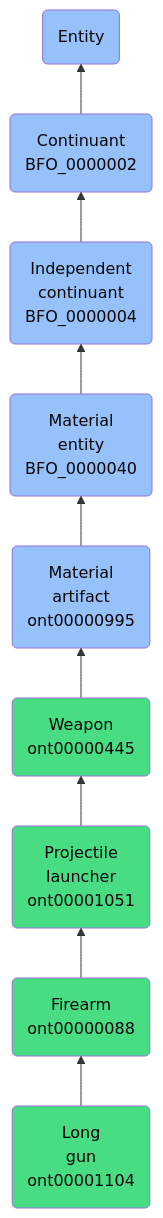
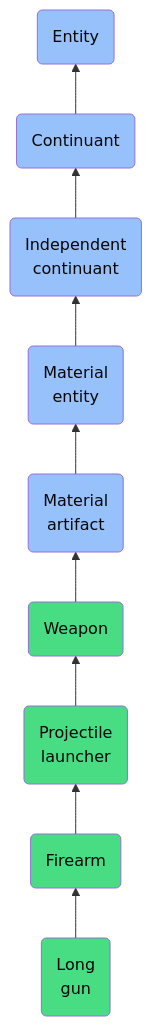
Before and after one commit to jupyter-naas/abi: the diagram in docs/ontology/reference/model/Entity/Continuant/Independent continuant/Material entity/Material artifact/Weapon/Projectile launcher/Firearm/Long gun/Long gun.md, drawn with Mermaid. The commit also changed other lines of this file and 1430 other files, not shown here.

````diff
--- a/docs/ontology/reference/model/Entity/Continuant/Independent continuant/Material entity/Material artifact/Weapon/Projectile launcher/Firearm/Long gun/Long gun.md
+++ b/docs/ontology/reference/model/Entity/Continuant/Independent continuant/Material entity/Material artifact/Weapon/Projectile launcher/Firearm/Long gun/Long gun.md
@@ -24,16 +24,16 @@
 ```mermaid
 graph BT
-    ont00001104(Long<br>gun<br>ont00001104):::ABI-->ont00000088
-    ont00000088(Firearm<br>ont00000088):::ABI-->ont00001051
-    ont00001051(Projectile<br>launcher<br>ont00001051):::ABI-->ont00000445
-    ont00000445(Weapon<br>ont00000445):::ABI-->ont00000995
-    ont00000995(Material<br>artifact<br>ont00000995):::BFO-->BFO_0000040
-    BFO_0000040(Material<br>entity<br>BFO_0000040):::BFO-->BFO_0000004
-    BFO_0000004(Independent<br>continuant<br>BFO_0000004):::BFO-->BFO_0000002
-    BFO_0000002(Continuant<br>BFO_0000002):::BFO-->BFO_0000001
+    ont00001104(Long<br>gun):::ABI-->ont00000088
+    ont00000088(Firearm):::ABI-->ont00001051
+    ont00001051(Projectile<br>launcher):::ABI-->ont00000445
+    ont00000445(Weapon):::ABI-->ont00000995
+    ont00000995(Material<br>artifact):::BFO-->BFO_0000040
+    BFO_0000040(Material<br>entity):::BFO-->BFO_0000004
+    BFO_0000004(Independent<br>continuant):::BFO-->BFO_0000002
+    BFO_0000002(Continuant):::BFO-->BFO_0000001
     BFO_0000001(Entity):::BFO
     
     classDef BFO fill:#97c1fb,color:#060606
     classDef CCO fill:#e4c51e,color:#060606
     classDef ABI fill:#48DD82,color:#060606
 ```
````
